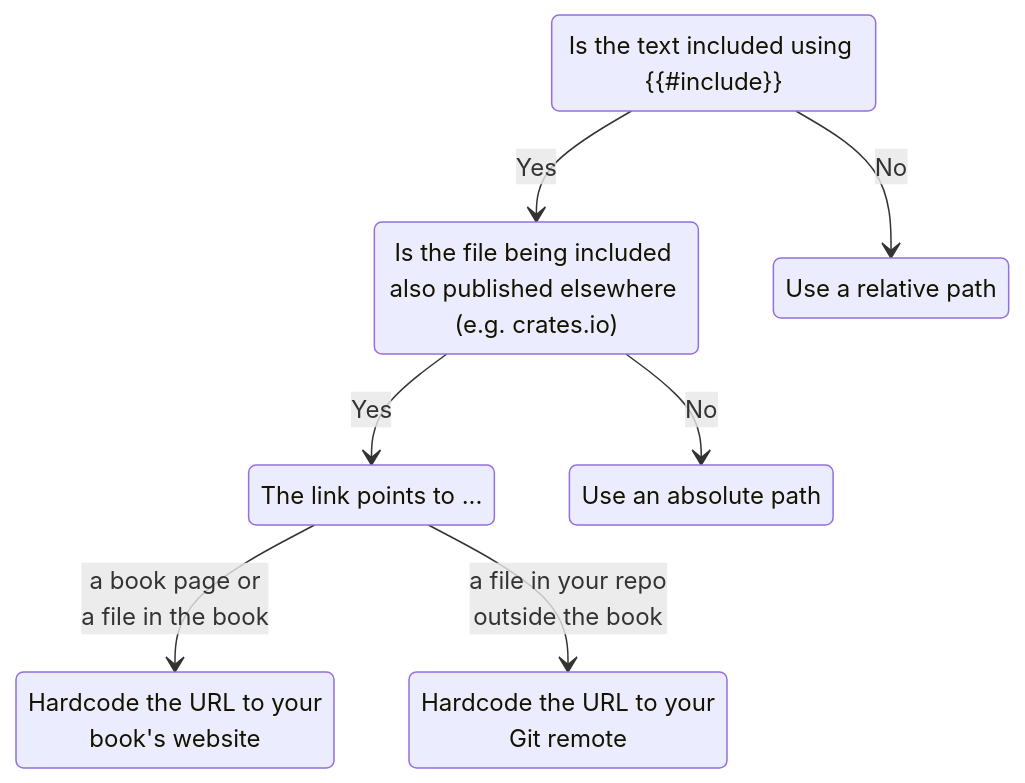
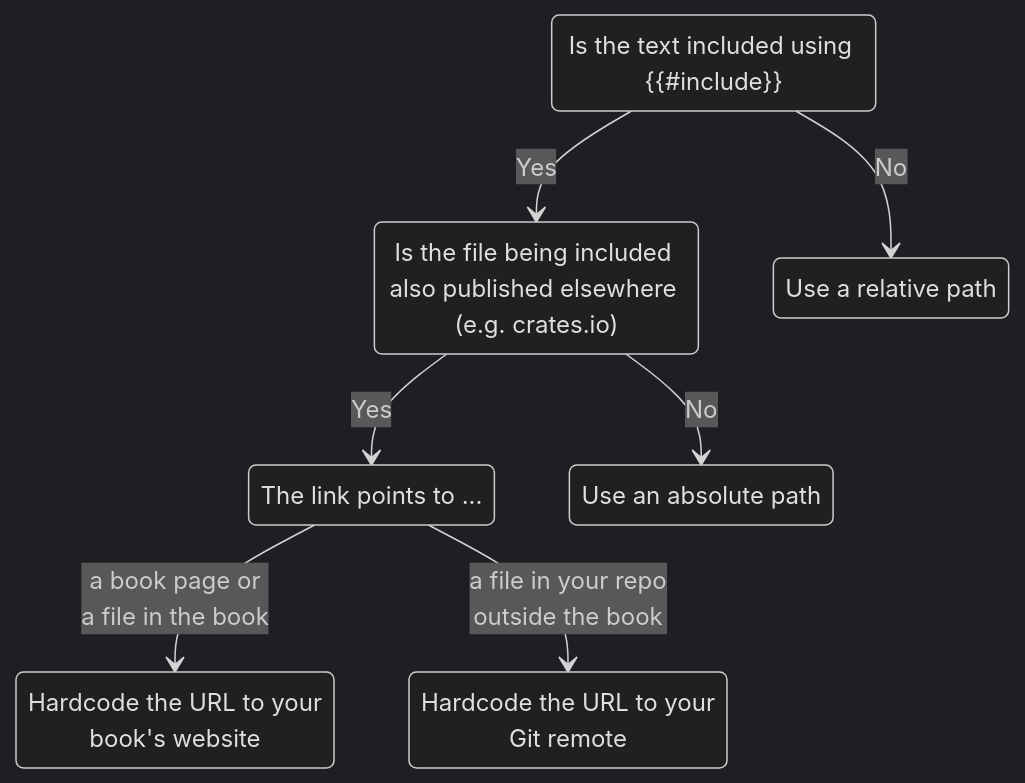
The diagram in docs/src/permalinks/more-ways-to-link.md (tonywu6/mdbookkit), drawn with Mermaid before and after one commit. The commit also changed 27 other files, not shown here.

````diff
--- a/docs/src/permalinks/more-ways-to-link.md
+++ b/docs/src/permalinks/more-ways-to-link.md
@@ -13,17 +13,21 @@
 ```mermaid
+---
+config:
+  theme: dark
+---
 stateDiagram-v2
     start          : Is the text included using {{#include}}
     included       : Is the file being included also published elsewhere <br>(e.g. crates.io)
     external       : The link points to ...
     relativePath   : Use a relative path
     absolutePath   : Use an absolute path
     bookUrl        : Hardcode the URL to your <br>book's website
     repoUrl        : Hardcode the URL to your <br>Git remote
 
     start --> included: Yes
     start --> relativePath: No
     included --> external: Yes
     included --> absolutePath: No
     external --> bookUrl: a book page or <br>a file in the book
     external --> repoUrl: a file in your repo <br>outside the book
 ```
````
